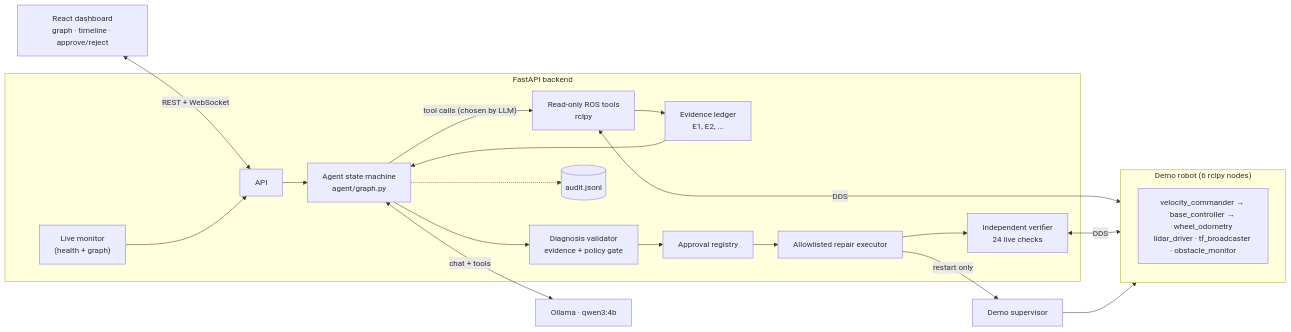
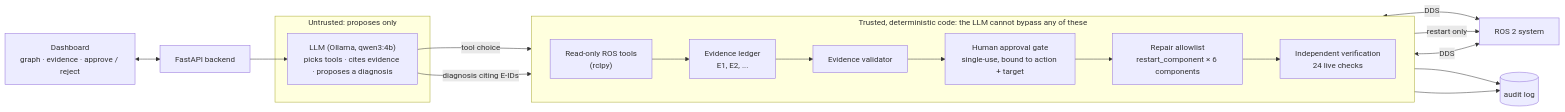
One commit to Greninja44/robotops changed the diagram in README.md. Above: the diagram before and after it, drawn with Mermaid. The commit also changed other lines of this file and 5 other files, not shown here.

Commit message:
README rewrite for repository review, submission audit, setup and GitHub notes, docs link and machine-path tests

````diff
--- a/README.md
+++ b/README.md
@@ -35,23 +88,26 @@
 ```mermaid
 flowchart LR
-  UI["React dashboard<br/>graph · timeline · approve/reject"] <-->|REST + WebSocket| API
-  subgraph Backend["FastAPI backend"]
-    API --> Agent["Agent state machine<br/>agent/graph.py"]
-    Agent -->|"tool calls (chosen by LLM)"| Tools["Read-only ROS tools<br/>rclpy"]
-    Tools --> Ledger["Evidence ledger<br/>E1, E2, ..."]
-    Ledger --> Agent
-    Agent --> Validator["Diagnosis validator<br/>evidence + policy gate"]
-    Validator --> Approvals["Approval registry"]
-    Approvals --> Repair["Allowlisted repair executor"]
-    Repair --> Verify["Independent verifier<br/>24 live checks"]
-    Agent -.-> Audit[("audit.jsonl")]
-    Monitor["Live monitor<br/>(health + graph)"] --> API
-  end
-  Agent <-->|chat + tools| LLM["Ollama · qwen3:4b"]
-  Tools <-->|DDS| Robot
-  Verify <-->|DDS| Robot
-  Repair -->|restart only| Sup["Demo supervisor"] --> Robot
-  subgraph Robot["Demo robot (6 rclpy nodes)"]
-    N["velocity_commander → base_controller → wheel_odometry<br/>lidar_driver · tf_broadcaster · obstacle_monitor"]
-  end
+    UI["Dashboard<br/>graph · evidence · approve / reject"] <--> API["FastAPI backend"]
+
+    subgraph LLMZone["Untrusted: proposes only"]
+        LLM["LLM (Ollama, qwen3:4b)<br/>picks tools · cites evidence · proposes a diagnosis"]
+    end
+
+    subgraph TB["Trusted, deterministic code: the LLM cannot bypass any of these"]
+        direction LR
+        Tools["Read-only ROS tools<br/>(rclpy)"] --> Ledger["Evidence ledger<br/>E1, E2, ..."]
+        Ledger --> Validator["Evidence validator"]
+        Validator --> Gate["Human approval gate<br/>single-use, bound to action + target"]
+        Gate --> Allow["Repair allowlist<br/>restart_component × 6 components"]
+        Allow --> Verify["Independent verification<br/>24 live checks"]
+    end
+
+    API --> LLM
+    LLM -->|"tool choice"| Tools
+    LLM -->|"diagnosis citing E-IDs"| Validator
+    Tools <-->|DDS| Robot["ROS 2 system"]
+    Allow -->|restart only| Robot
+    Verify <-->|DDS| Robot
+    Validator --> Audit[("audit log")]
+    Gate --> Audit
 ```
````
